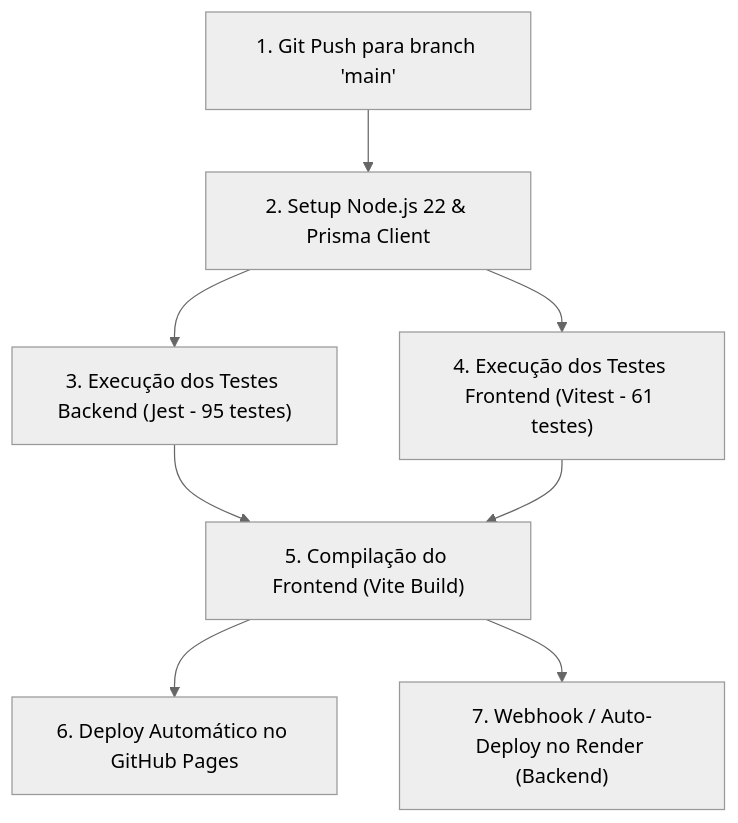
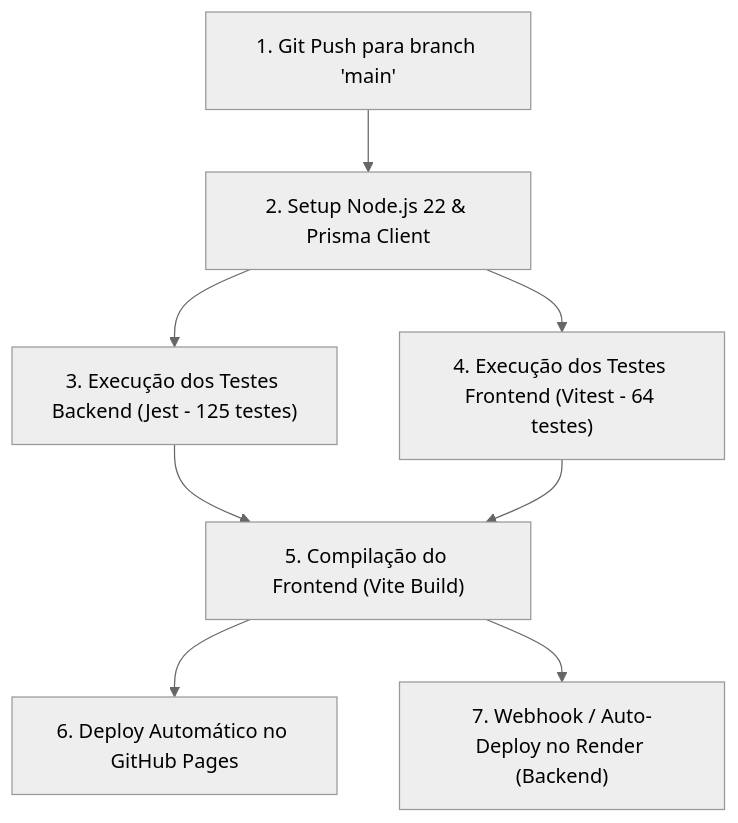
One commit to pfFabio/projeto_teatro changed the diagram in exercicio_3_gestao_devops_mvp.md. Above: the diagram before and after it, drawn with Mermaid (neutral theme). The commit also changed other lines of this file and 23 other files, not shown here.

````diff
--- a/exercicio_3_gestao_devops_mvp.md
+++ b/exercicio_3_gestao_devops_mvp.md
@@ -168,10 +172,10 @@
 ```mermaid
 flowchart TD
     Push["1. Git Push para branch 'main'"] --> Lint["2. Setup Node.js 22 & Prisma Client"]
-    Lint --> TestBack["3. Execução dos Testes Backend (Jest - 95 testes)"]
-    Lint --> TestFront["4. Execução dos Testes Frontend (Vitest - 61 testes)"]
+    Lint --> TestBack["3. Execução dos Testes Backend (Jest - 125 testes)"]
+    Lint --> TestFront["4. Execução dos Testes Frontend (Vitest - 64 testes)"]
     TestBack --> Build["5. Compilação do Frontend (Vite Build)"]
     TestFront --> Build
     Build --> DeployGH["6. Deploy Automático no GitHub Pages"]
     Build --> DeployRender["7. Webhook / Auto-Deploy no Render (Backend)"]
 ```
````
